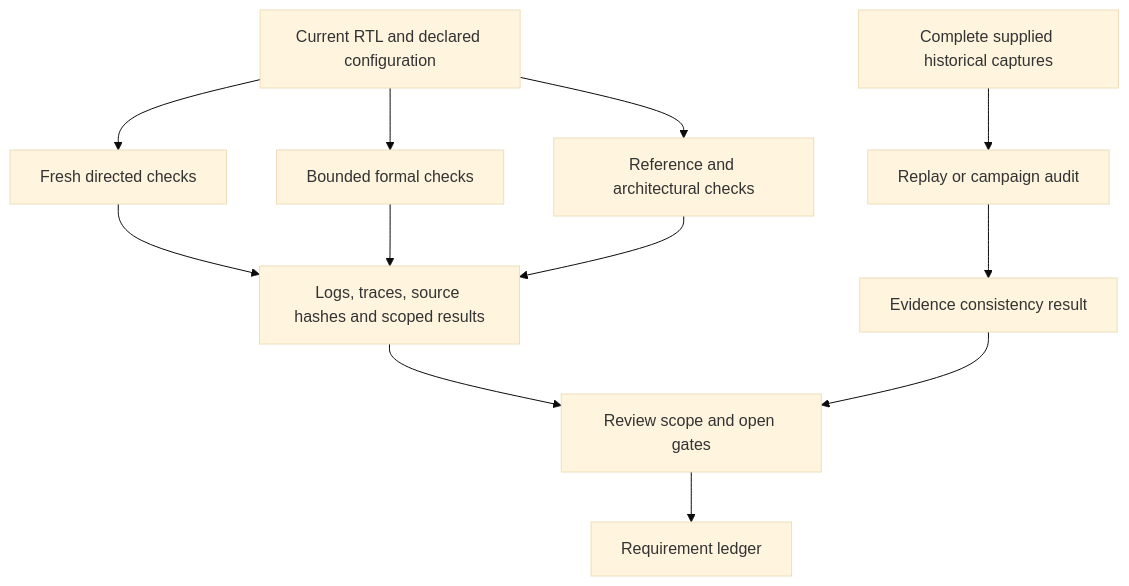
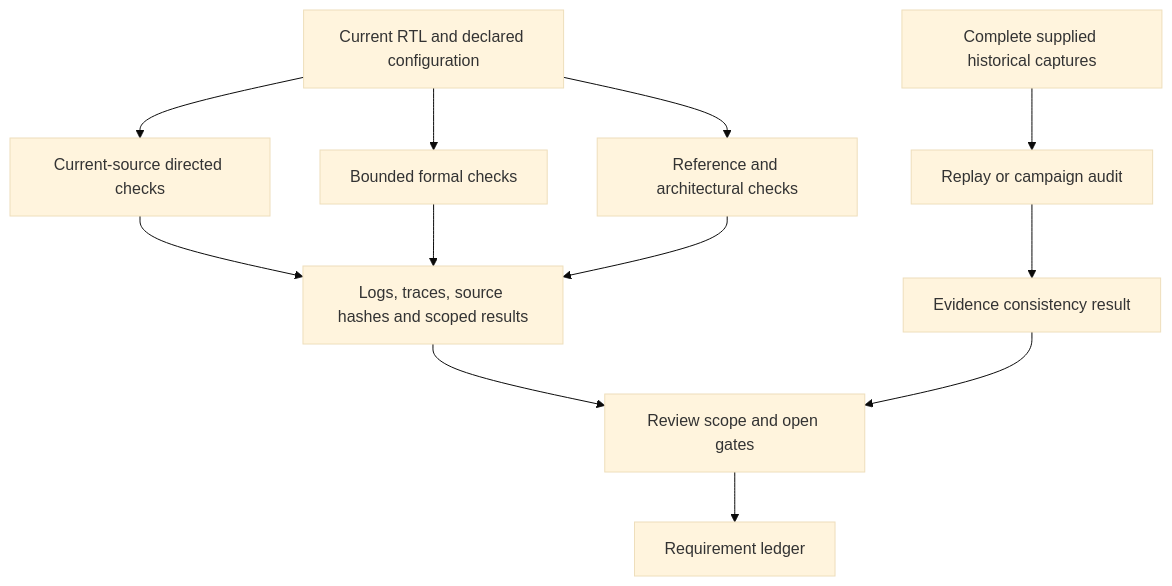
The diagram in microcontroller/verification/README.md (baolgn/DRG-pain-project), drawn with Mermaid (base theme) before and after one commit. The commit also changed other lines of this file and 54 other files, not shown here.

````diff
--- a/microcontroller/verification/README.md
+++ b/microcontroller/verification/README.md
@@ -49,14 +47,14 @@
 ```mermaid
 flowchart TD
-  S[Current RTL and declared configuration] --> D[Fresh directed checks]
+  S[Current RTL and declared configuration] --> D[Current-source directed checks]
   S --> F[Bounded formal checks]
   S --> R[Reference and architectural checks]
   D --> E[Logs, traces, source hashes and scoped results]
   F --> E
   R --> E
   H[Complete supplied historical captures] --> P[Replay or campaign audit]
   P --> A[Evidence consistency result]
   E --> Q[Review scope and open gates]
   A --> Q
   Q --> L[Requirement ledger]
 ```
````
